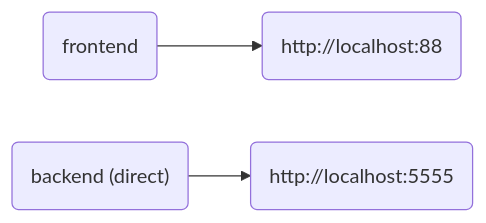
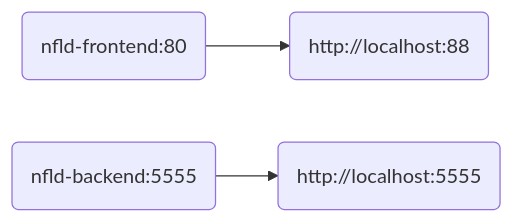
Before and after one commit to chump29/nfld: the diagram in README.md, drawn with Mermaid. The commit also changed other lines of this file and 8 other files, not shown here.

````diff
--- a/README.md
+++ b/README.md
@@ -10,9 +10,9 @@
 ```mermaid
 flowchart LR
-frontend@{shape: rounded, label: "frontend"}
+frontend@{shape: rounded, label: "nfld-frontend:80"}
 frontendPort@{shape: rounded, label: "http://localhost:88"}
-backend@{shape: rounded, label: "backend (direct)"}
+backend@{shape: rounded, label: "nfld-backend:5555"}
 backendPort@{shape: rounded, label: "http://localhost:5555"}
 frontend-->frontendPort
 backend-->backendPort
 ```
````
